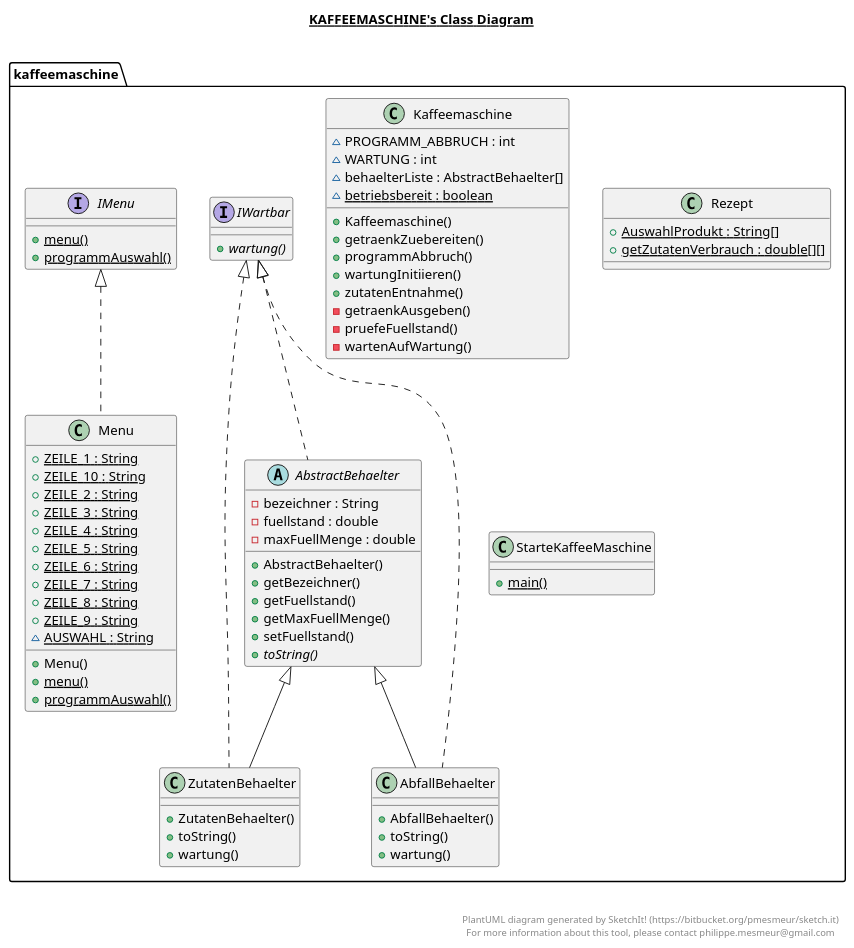
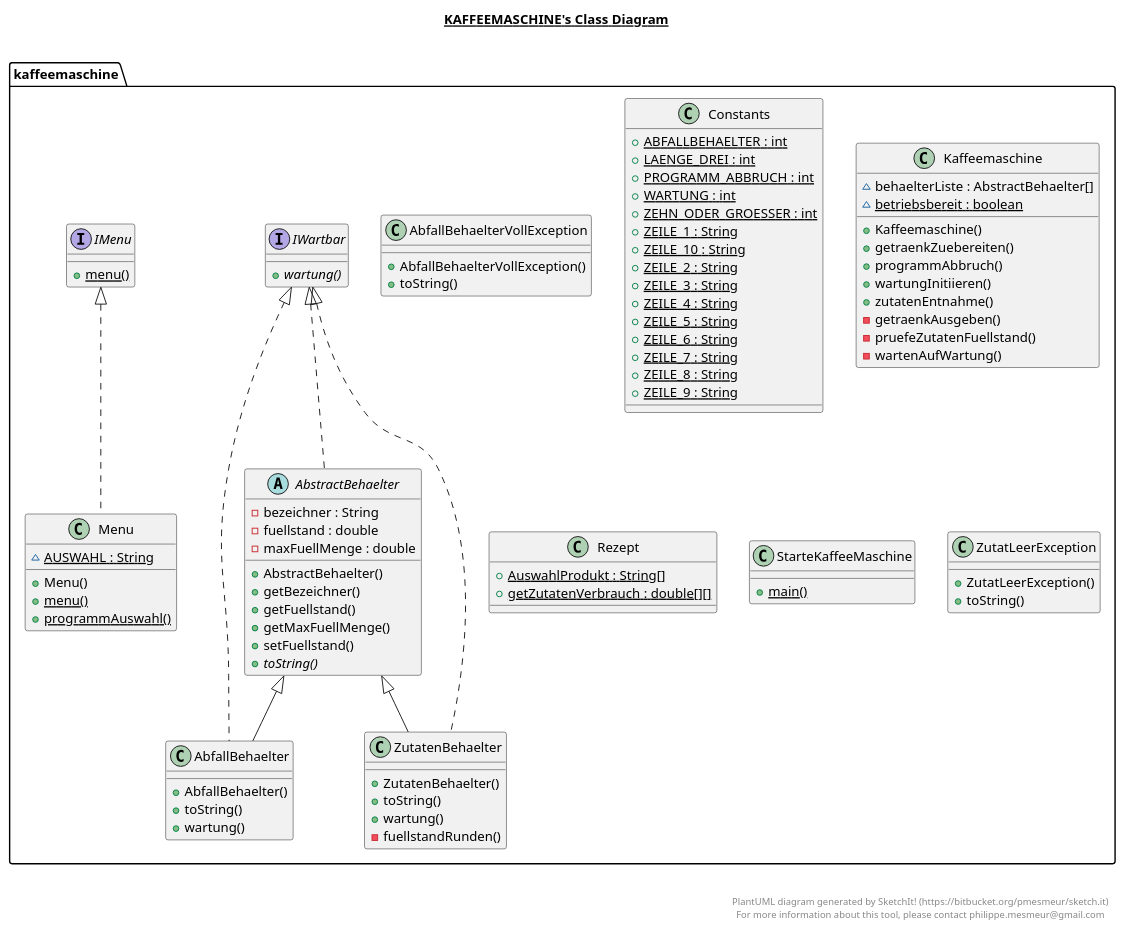
One commit to luzumi/KaffeeMaschine changed the diagram in src/kaffeemaschine/kaffeemaschine.plantuml. Above: the diagram before and after it, drawn with PlantUML. The commit also changed 15 other files, not shown here.

First line of the commit message:
Kaffeemaschine Fehlerbehandlung - Exceptions bei Wartung und UserAbbruch

```diff
--- a/src/kaffeemaschine/kaffeemaschine.plantuml
+++ b/src/kaffeemaschine/kaffeemaschine.plantuml
@@ -1,121 +1,146 @@
 @startuml
 
 title __KAFFEEMASCHINE's Class Diagram__\n
 
   namespace kaffeemaschine {
     class kaffeemaschine.AbfallBehaelter {
         + AbfallBehaelter()
         + toString()
         + wartung()
+    }
+  }
+  
+
+  namespace kaffeemaschine {
+    class kaffeemaschine.AbfallBehaelterVollException {
+        + AbfallBehaelterVollException()
+        + toString()
     }
   }
   
 
   namespace kaffeemaschine {
     abstract class kaffeemaschine.AbstractBehaelter {
         - bezeichner : String
         - fuellstand : double
         - maxFuellMenge : double
         + AbstractBehaelter()
         + getBezeichner()
         + getFuellstand()
         + getMaxFuellMenge()
         + setFuellstand()
         {abstract} + toString()
     }
   }
   
 
   namespace kaffeemaschine {
+    class kaffeemaschine.Constants {
+        {static} + ABFALLBEHAELTER : int
+        {static} + LAENGE_DREI : int
+        {static} + PROGRAMM_ABBRUCH : int
+        {static} + WARTUNG : int
+        {static} + ZEHN_ODER_GROESSER : int
+        {static} + ZEILE_1 : String
+        {static} + ZEILE_10 : String
+        {static} + ZEILE_2 : String
+        {static} + ZEILE_3 : String
+        {static} + ZEILE_4 : String
+        {static} + ZEILE_5 : String
+        {static} + ZEILE_6 : String
+        {static} + ZEILE_7 : String
+        {static} + ZEILE_8 : String
+        {static} + ZEILE_9 : String
+    }
+  }
+  
+
+  namespace kaffeemaschine {
     interface kaffeemaschine.IMenu {
         {static} + menu()
-        {static} + programmAuswahl()
     }
   }
   
 
   namespace kaffeemaschine {
     interface kaffeemaschine.IWartbar {
         {abstract} + wartung()
     }
   }
   
 
   namespace kaffeemaschine {
     class kaffeemaschine.Kaffeemaschine {
-        ~ PROGRAMM_ABBRUCH : int
-        ~ WARTUNG : int
         ~ behaelterListe : AbstractBehaelter[]
         {static} ~ betriebsbereit : boolean
         + Kaffeemaschine()
         + getraenkZuebereiten()
         + programmAbbruch()
         + wartungInitiieren()
         + zutatenEntnahme()
         - getraenkAusgeben()
-        - pruefeFuellstand()
+        - pruefeZutatenFuellstand()
         - wartenAufWartung()
     }
   }
   
 
   namespace kaffeemaschine {
     class kaffeemaschine.Menu {
-        {static} + ZEILE_1 : String
-        {static} + ZEILE_10 : String
-        {static} + ZEILE_2 : String
-        {static} + ZEILE_3 : String
-        {static} + ZEILE_4 : String
-        {static} + ZEILE_5 : String
-        {static} + ZEILE_6 : String
-        {static} + ZEILE_7 : String
-        {static} + ZEILE_8 : String
-        {static} + ZEILE_9 : String
         {static} ~ AUSWAHL : String
         + Menu()
         {static} + menu()
         {static} + programmAuswahl()
     }
   }
   
 
   namespace kaffeemaschine {
     class kaffeemaschine.Rezept {
         {static} + AuswahlProdukt : String[]
         {static} + getZutatenVerbrauch : double[][]
     }
   }
   
 
   namespace kaffeemaschine {
     class kaffeemaschine.StarteKaffeeMaschine {
         {static} + main()
     }
   }
   
 
   namespace kaffeemaschine {
+    class kaffeemaschine.ZutatLeerException {
+        + ZutatLeerException()
+        + toString()
+    }
+  }
+  
+
+  namespace kaffeemaschine {
     class kaffeemaschine.ZutatenBehaelter {
         + ZutatenBehaelter()
         + toString()
         + wartung()
+        - fuellstandRunden()
     }
   }
   
 
   kaffeemaschine.AbfallBehaelter .up.|> kaffeemaschine.IWartbar
   kaffeemaschine.AbfallBehaelter -up-|> kaffeemaschine.AbstractBehaelter
   kaffeemaschine.AbstractBehaelter .up.|> kaffeemaschine.IWartbar
   kaffeemaschine.Menu .up.|> kaffeemaschine.IMenu
   kaffeemaschine.ZutatenBehaelter .up.|> kaffeemaschine.IWartbar
   kaffeemaschine.ZutatenBehaelter -up-|> kaffeemaschine.AbstractBehaelter
 
 
 right footer
 
 
 PlantUML diagram generated by SketchIt! (https://bitbucket.org/pmesmeur/sketch.it)
 For more information about this tool, please contact philippe.mesmeur@gmail.com
 endfooter
 
 @enduml
```
